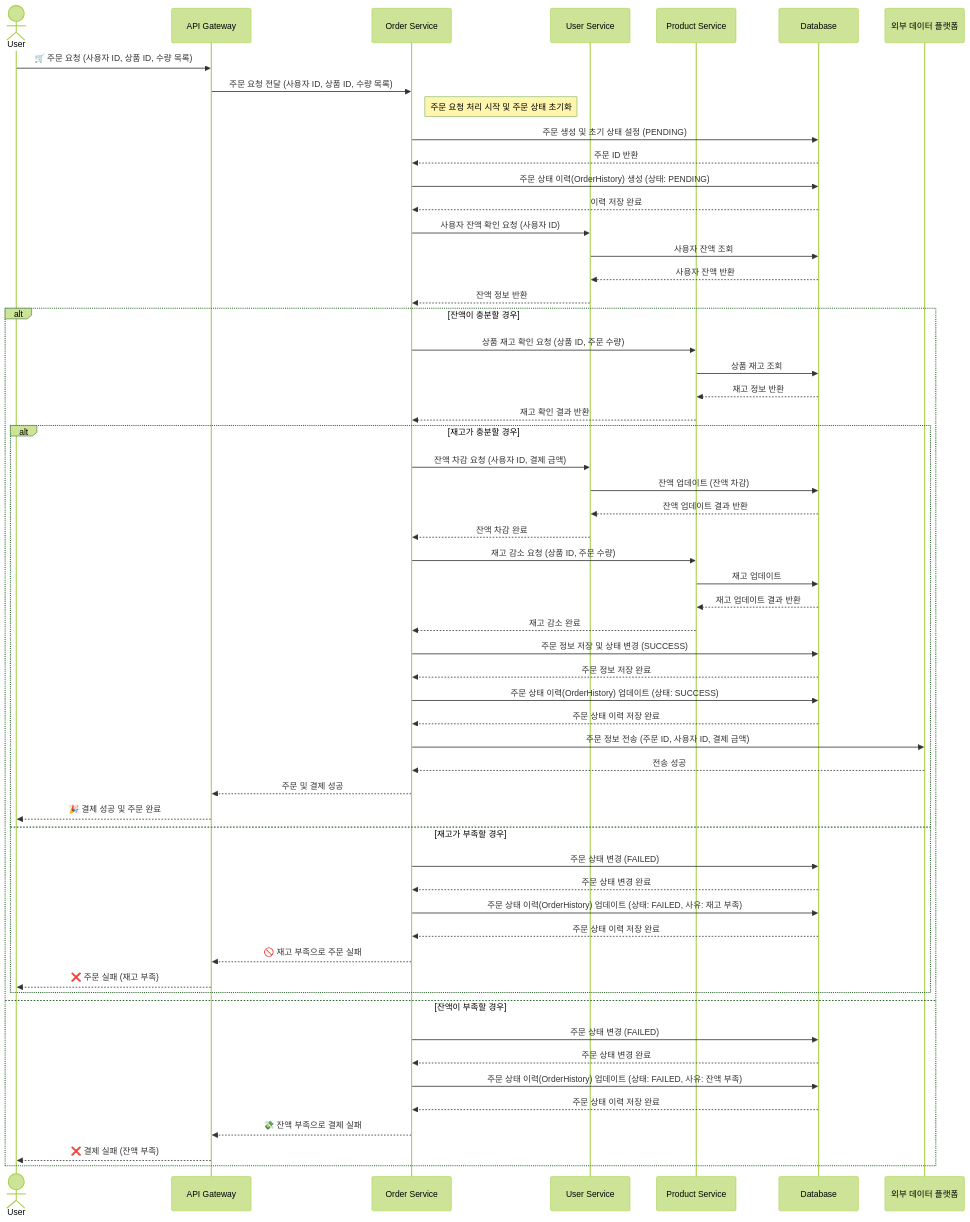
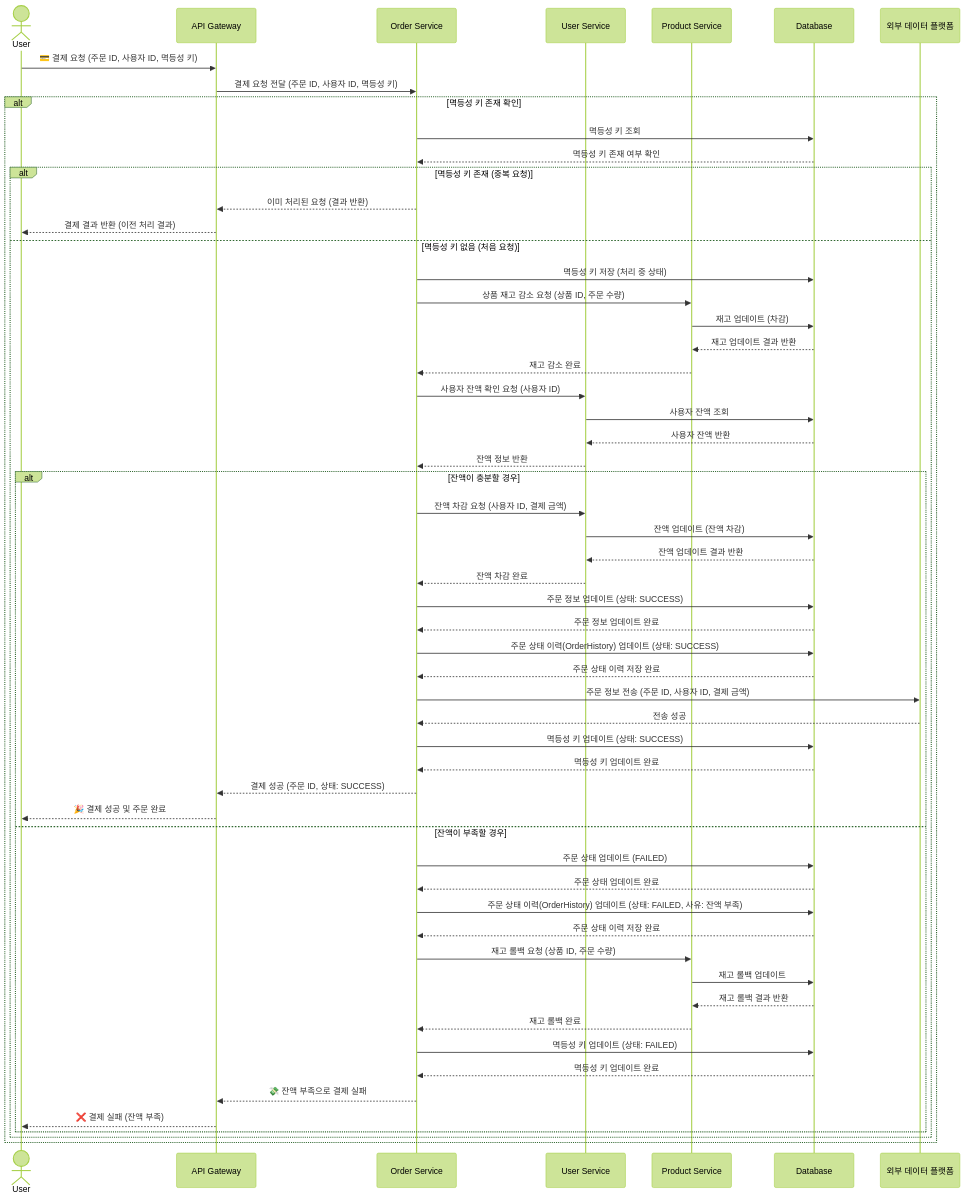
One commit to kiki-sati/hhplus-tdd-e-commerce changed the fourth of 5 diagrams in README.md. Above: the diagram before and after it, drawn with Mermaid (forest theme). The commit also changed other lines of this file, not shown here.

````diff
--- a/README.md
+++ b/README.md
@@ -161,62 +201,63 @@
 ```mermaid
 sequenceDiagram
     actor User
     participant APIGateway as API Gateway
     participant OrderService as Order Service
     participant UserService as User Service
     participant ProductService as Product Service
     participant Database as Database
     participant DataPlatform as 외부 데이터 플랫폼
-    User ->> APIGateway: 🛒 주문 요청 (사용자 ID, 상품 ID, 수량 목록)
-    APIGateway ->> OrderService: 주문 요청 전달 (사용자 ID, 상품 ID, 수량 목록)
-    note right of OrderService: 주문 요청 처리 시작 및 주문 상태 초기화
-    OrderService ->> Database: 주문 생성 및 초기 상태 설정 (PENDING)
-    Database -->> OrderService: 주문 ID 반환
-    OrderService ->> Database: 주문 상태 이력(OrderHistory) 생성 (상태: PENDING)
-    Database -->> OrderService: 이력 저장 완료
-    OrderService ->> UserService: 사용자 잔액 확인 요청 (사용자 ID)
-    UserService ->> Database: 사용자 잔액 조회
-    Database -->> UserService: 사용자 잔액 반환
-    UserService -->> OrderService: 잔액 정보 반환
+    User ->> APIGateway: 💳 결제 요청 (주문 ID, 사용자 ID, 멱등성 키)
+    APIGateway ->> OrderService: 결제 요청 전달 (주문 ID, 사용자 ID, 멱등성 키)
 
-    alt 잔액이 충분할 경우
-        OrderService ->> ProductService: 상품 재고 확인 요청 (상품 ID, 주문 수량)
-        ProductService ->> Database: 상품 재고 조회
-        Database -->> ProductService: 재고 정보 반환
-        ProductService -->> OrderService: 재고 확인 결과 반환
+    alt 멱등성 키 존재 확인
+        OrderService ->> Database: 멱등성 키 조회
+        Database -->> OrderService: 멱등성 키 존재 여부 확인
 
-        alt 재고가 충분할 경우
-            OrderService ->> UserService: 잔액 차감 요청 (사용자 ID, 결제 금액)
-            UserService ->> Database: 잔액 업데이트 (잔액 차감)
-            Database -->> UserService: 잔액 업데이트 결과 반환
-            UserService -->> OrderService: 잔액 차감 완료
-            OrderService ->> ProductService: 재고 감소 요청 (상품 ID, 주문 수량)
-            ProductService ->> Database: 재고 업데이트
+        alt 멱등성 키 존재 (중복 요청)
+            OrderService -->> APIGateway: 이미 처리된 요청 (결과 반환)
+            APIGateway -->> User: 결제 결과 반환 (이전 처리 결과)
+        else 멱등성 키 없음 (처음 요청)
+            OrderService ->> Database: 멱등성 키 저장 (처리 중 상태)
+            OrderService ->> ProductService: 상품 재고 감소 요청 (상품 ID, 주문 수량)
+            ProductService ->> Database: 재고 업데이트 (차감)
             Database -->> ProductService: 재고 업데이트 결과 반환
             ProductService -->> OrderService: 재고 감소 완료
-            OrderService ->> Database: 주문 정보 저장 및 상태 변경 (SUCCESS)
-            Database -->> OrderService: 주문 정보 저장 완료
-            OrderService ->> Database: 주문 상태 이력(OrderHistory) 업데이트 (상태: SUCCESS)
-            Database -->> OrderService: 주문 상태 이력 저장 완료
-            OrderService ->> DataPlatform: 주문 정보 전송 (주문 ID, 사용자 ID, 결제 금액)
-            DataPlatform -->> OrderService: 전송 성공
-            OrderService -->> APIGateway: 주문 및 결제 성공
-            APIGateway -->> User: 🎉 결제 성공 및 주문 완료
-        else 재고가 부족할 경우
-            OrderService ->> Database: 주문 상태 변경 (FAILED)
-            Database -->> OrderService: 주문 상태 변경 완료
-            OrderService ->> Database: 주문 상태 이력(OrderHistory) 업데이트 (상태: FAILED, 사유: 재고 부족)
-            Database -->> OrderService: 주문 상태 이력 저장 완료
-            OrderService -->> APIGateway: 🚫 재고 부족으로 주문 실패
-            APIGateway -->> User: ❌ 주문 실패 (재고 부족)
+            OrderService ->> UserService: 사용자 잔액 확인 요청 (사용자 ID)
+            UserService ->> Database: 사용자 잔액 조회
+            Database -->> UserService: 사용자 잔액 반환
+            UserService -->> OrderService: 잔액 정보 반환
+
+            alt 잔액이 충분할 경우
+                OrderService ->> UserService: 잔액 차감 요청 (사용자 ID, 결제 금액)
+                UserService ->> Database: 잔액 업데이트 (잔액 차감)
+                Database -->> UserService: 잔액 업데이트 결과 반환
+                UserService -->> OrderService: 잔액 차감 완료
+                OrderService ->> Database: 주문 정보 업데이트 (상태: SUCCESS)
+                Database -->> OrderService: 주문 정보 업데이트 완료
+                OrderService ->> Database: 주문 상태 이력(OrderHistory) 업데이트 (상태: SUCCESS)
+                Database -->> OrderService: 주문 상태 이력 저장 완료
+                OrderService ->> DataPlatform: 주문 정보 전송 (주문 ID, 사용자 ID, 결제 금액)
+                DataPlatform -->> OrderService: 전송 성공
+                OrderService ->> Database: 멱등성 키 업데이트 (상태: SUCCESS)
+                Database -->> OrderService: 멱등성 키 업데이트 완료
+                OrderService -->> APIGateway: 결제 성공 (주문 ID, 상태: SUCCESS)
+                APIGateway -->> User: 🎉 결제 성공 및 주문 완료
+            else 잔액이 부족할 경우
+                OrderService ->> Database: 주문 상태 업데이트 (FAILED)
+                Database -->> OrderService: 주문 상태 업데이트 완료
+                OrderService ->> Database: 주문 상태 이력(OrderHistory) 업데이트 (상태: FAILED, 사유: 잔액 부족)
+                Database -->> OrderService: 주문 상태 이력 저장 완료
+                OrderService ->> ProductService: 재고 롤백 요청 (상품 ID, 주문 수량)
+                ProductService ->> Database: 재고 롤백 업데이트
+                Database -->> ProductService: 재고 롤백 결과 반환
+                ProductService -->> OrderService: 재고 롤백 완료
+                OrderService ->> Database: 멱등성 키 업데이트 (상태: FAILED)
+                Database -->> OrderService: 멱등성 키 업데이트 완료
+                OrderService -->> APIGateway: 💸 잔액 부족으로 결제 실패
+                APIGateway -->> User: ❌ 결제 실패 (잔액 부족)
+            end
         end
-    else 잔액이 부족할 경우
-        OrderService ->> Database: 주문 상태 변경 (FAILED)
-        Database -->> OrderService: 주문 상태 변경 완료
-        OrderService ->> Database: 주문 상태 이력(OrderHistory) 업데이트 (상태: FAILED, 사유: 잔액 부족)
-        Database -->> OrderService: 주문 상태 이력 저장 완료
-        OrderService -->> APIGateway: 💸 잔액 부족으로 결제 실패
-        APIGateway -->> User: ❌ 결제 실패 (잔액 부족)
     end
 
 ```
````
